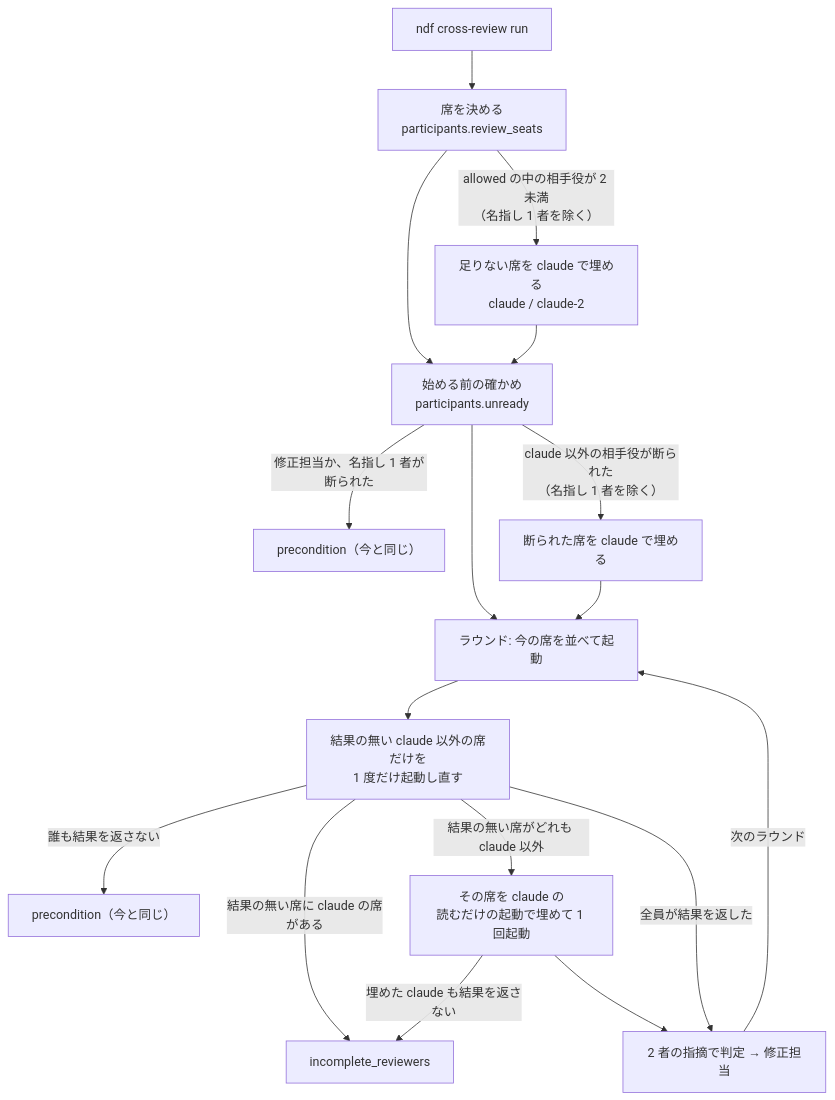
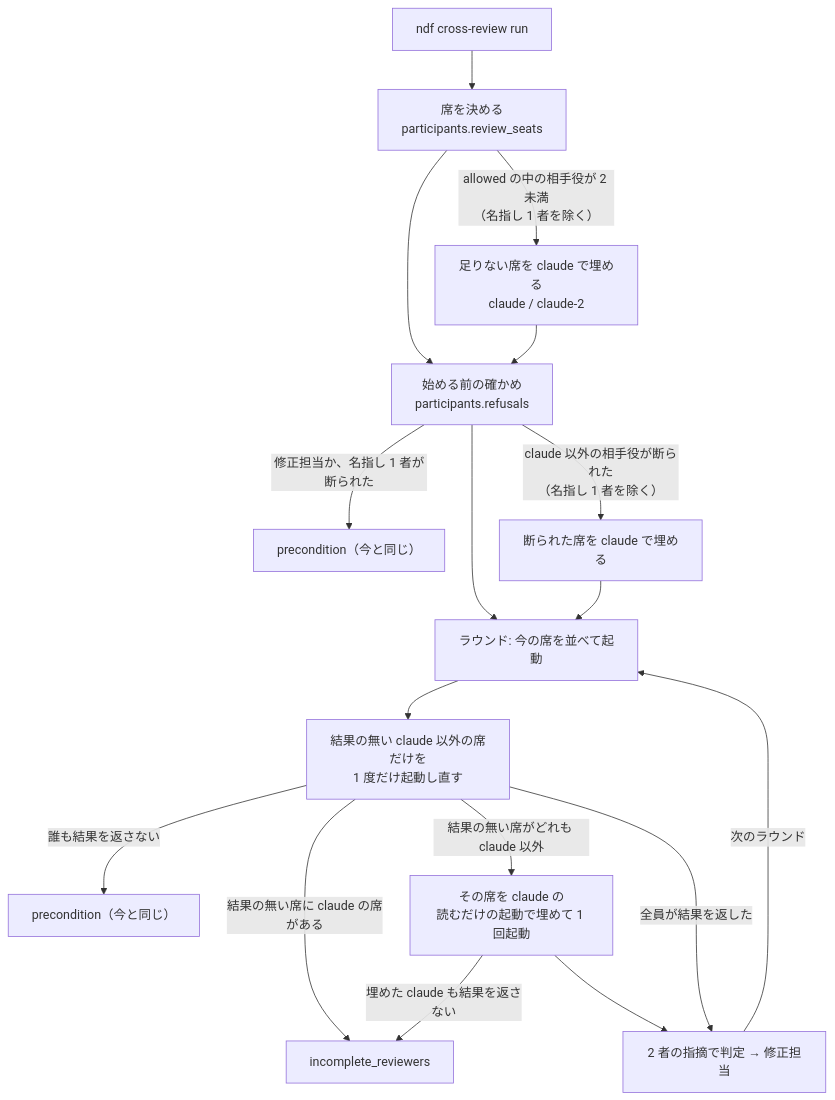
One commit to devbasex/ai-plugins changed the second of 4 diagrams in issues/issue-3955-design.md. Above: the diagram before and after it, drawn with Mermaid. The commit also changed other lines of this file, not shown here.

First line of the commit message:
Docs: #3955 の設計で、断られた担当の確かめを refusals にそろえ、起動の前に埋めた claude の止め方を分岐の表の順に合わせる

````diff
--- a/issues/issue-3955-design.md
+++ b/issues/issue-3955-design.md
@@ -53,19 +53,19 @@
 ```mermaid
 graph TD
   A["ndf cross-review run"] --> B["席を決める<br/>participants.review_seats"]
   B -->|"allowed の中の相手役が 2 未満<br/>（名指し 1 者を除く）"| B2["足りない席を claude で埋める<br/>claude / claude-2"]
-  B --> U["始める前の確かめ<br/>participants.unready"]
+  B --> U["始める前の確かめ<br/>participants.refusals"]
   B2 --> U
   U -->|"修正担当か、名指し 1 者が断られた"| X0["precondition（今と同じ）"]
   U -->|"claude 以外の相手役が断られた<br/>（名指し 1 者を除く）"| B3["断られた席を claude で埋める"]
   U --> C["ラウンド: 今の席を並べて起動"]
   B3 --> C
   C --> D["結果の無い claude 以外の席だけを<br/>1 度だけ起動し直す"]
   D -->|"誰も結果を返さない"| X2["precondition（今と同じ）"]
   D -->|"結果の無い席に claude の席がある"| X3["incomplete_reviewers"]
   D -->|"結果の無い席がどれも claude 以外"| F["その席を claude の<br/>読むだけの起動で埋めて 1 回起動"]
   F -->|"埋めた claude も結果を返さない"| X3
   F --> E["2 者の指摘で判定 → 修正担当"]
   D -->|"全員が結果を返した"| E
   E -->|"次のラウンド"| C
 ```
````
